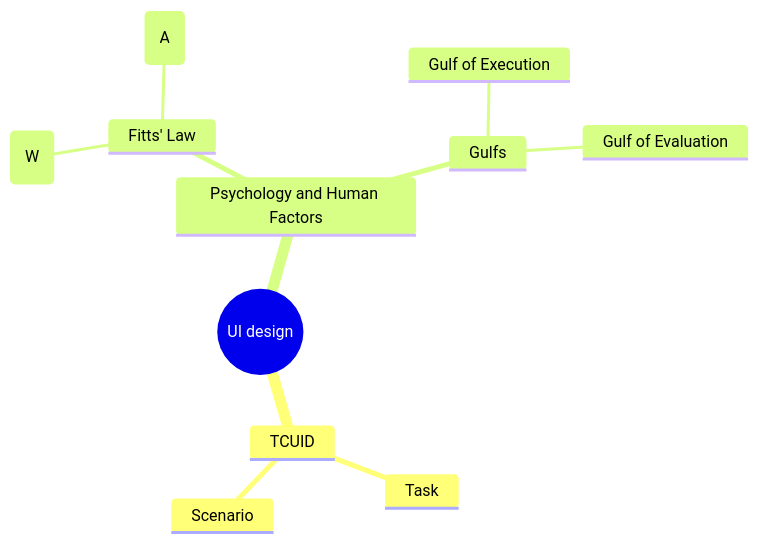
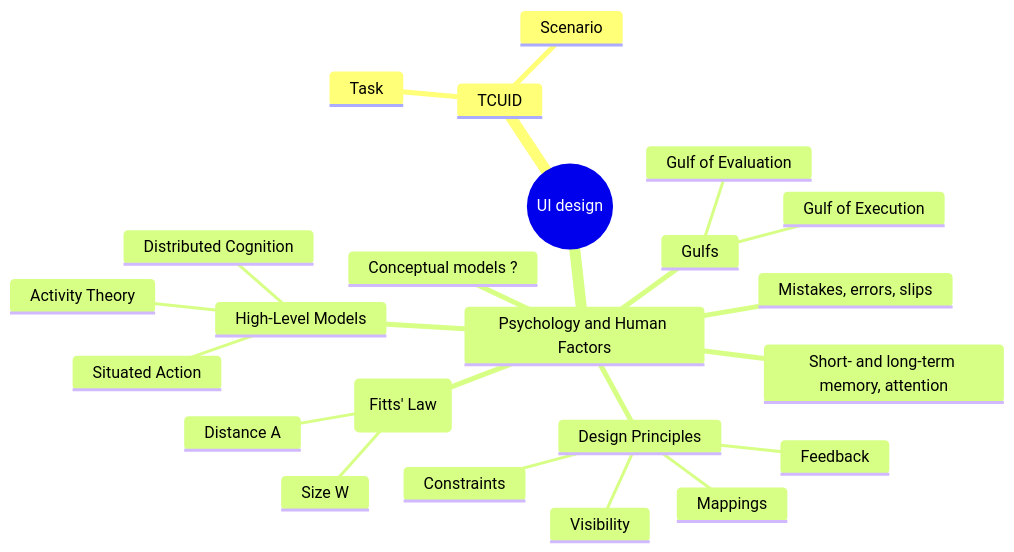
The diagram in tcuid.md (chernyshevdv/chernyshevdv), drawn with Mermaid before and after one commit.

````diff
--- a/tcuid.md
+++ b/tcuid.md
@@ -3,14 +3,27 @@
 ```mermaid
 mindmap
   root((UI design))
     TCUID
       Task
       Scenario
     Psychology and Human Factors
-      Fitts' Law
-        Size (W)
-        Distance (A)
+      FL(Fitts' Law)
+      ::icon(fa-solid fa-people-arrows)
+        Size W
+        Distance A
+      Mistakes, errors, slips
+      Conceptual models ?
       Gulfs
         Gulf of Execution
         Gulf of Evaluation
+      Short- and long-term memory, attention
+      Design Principles
+        Visibility
+        Feedback
+        Mappings
+        Constraints
+      High-Level Models
+        Distributed Cognition
+        Activity Theory
+        Situated Action
 ```
````
